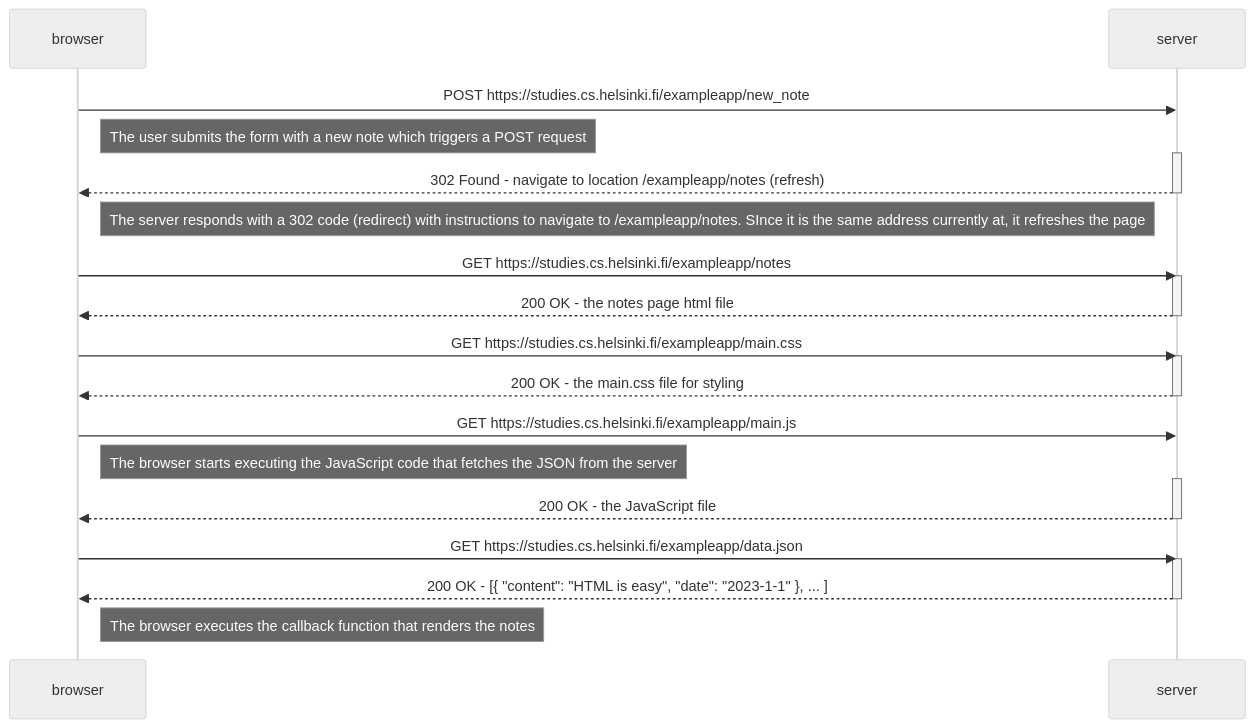
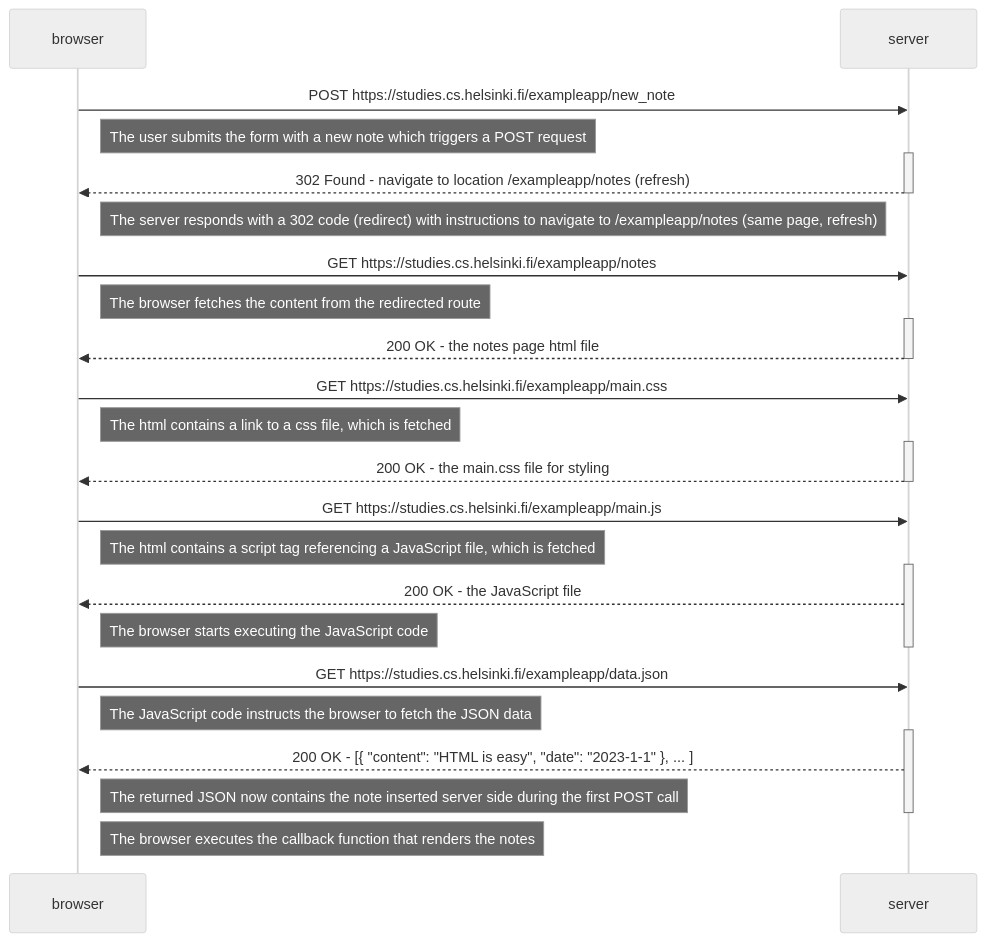
One commit to philipmuller/fullstackopen changed the diagram in Part0/04.md. Above: the diagram before and after it, drawn with Mermaid (neutral theme).

Commit message:
Update 04.md
more notes

````diff
--- a/Part0/04.md
+++ b/Part0/04.md
@@ -3,36 +3,42 @@
 ```mermaid
 sequenceDiagram
     participant browser
     participant server
 
     browser->>server: POST https://studies.cs.helsinki.fi/exampleapp/new_note
     Note right of browser: The user submits the form with a new note which triggers a POST request
     activate server
     server-->>browser: 302 Found - navigate to location /exampleapp/notes (refresh)
     deactivate server
-    Note right of browser: The server responds with a 302 code (redirect) with instructions to navigate to /exampleapp/notes. SInce it is the same address currently at, it refreshes the page
+    Note right of browser: The server responds with a 302 code (redirect) with instructions to navigate to /exampleapp/notes (same page, refresh)
+
     browser->>server: GET https://studies.cs.helsinki.fi/exampleapp/notes
+    Note right of browser: The browser fetches the content from the redirected route
     activate server
     server-->>browser: 200 OK - the notes page html file
     deactivate server
 
     browser->>server: GET https://studies.cs.helsinki.fi/exampleapp/main.css
+    Note right of browser: The html contains a link to a css file, which is fetched
     activate server
     server-->>browser: 200 OK - the main.css file for styling
     deactivate server
 
     browser->>server: GET https://studies.cs.helsinki.fi/exampleapp/main.js
-    Note right of browser: The browser starts executing the JavaScript code that fetches the JSON from the server
+    Note right of browser: The html contains a script tag referencing a JavaScript file, which is fetched
     activate server
     server-->>browser: 200 OK - the JavaScript file
+    Note right of browser: The browser starts executing the JavaScript code
     deactivate server
 
     
 
     browser->>server: GET https://studies.cs.helsinki.fi/exampleapp/data.json
+    Note right of browser: The JavaScript code instructs the browser to fetch the JSON data
     activate server
     server-->>browser: 200 OK - [{ "content": "HTML is easy", "date": "2023-1-1" }, ... ]
+    Note right of browser: The returned JSON now contains the note inserted server side during the first POST call
     deactivate server
 
     Note right of browser: The browser executes the callback function that renders the notes
 ```
````
